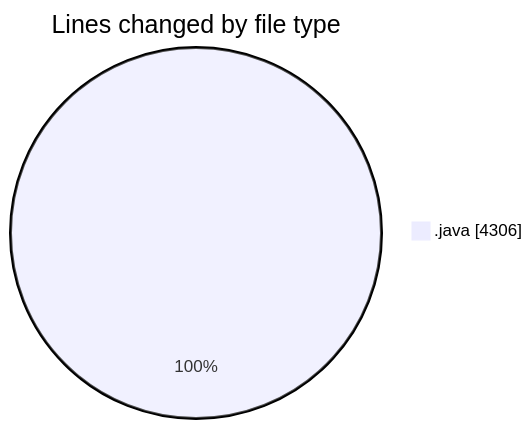
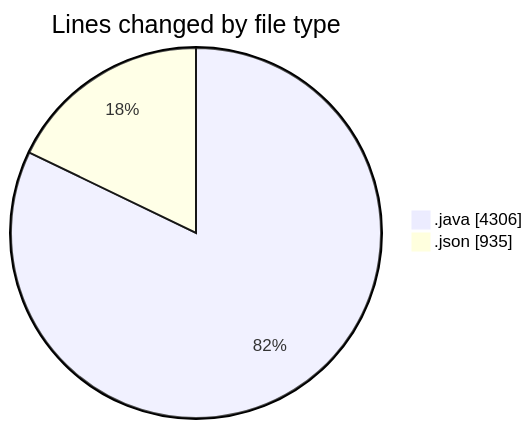
Before and after one commit to ricardozamudiocil/code-tracking: the first of 2 diagrams in 2026-04-24/cilapp/README.md, drawn with Mermaid. The commit also changed other lines of this file and 1 other file, not shown here.

````diff
--- a/2026-04-24/cilapp/README.md
+++ b/2026-04-24/cilapp/README.md
@@ -23,5 +24,6 @@
 ```mermaid
 pie showData
 title Lines changed by file type
 ".java" : 4306
+".json" : 935
 ```
````
